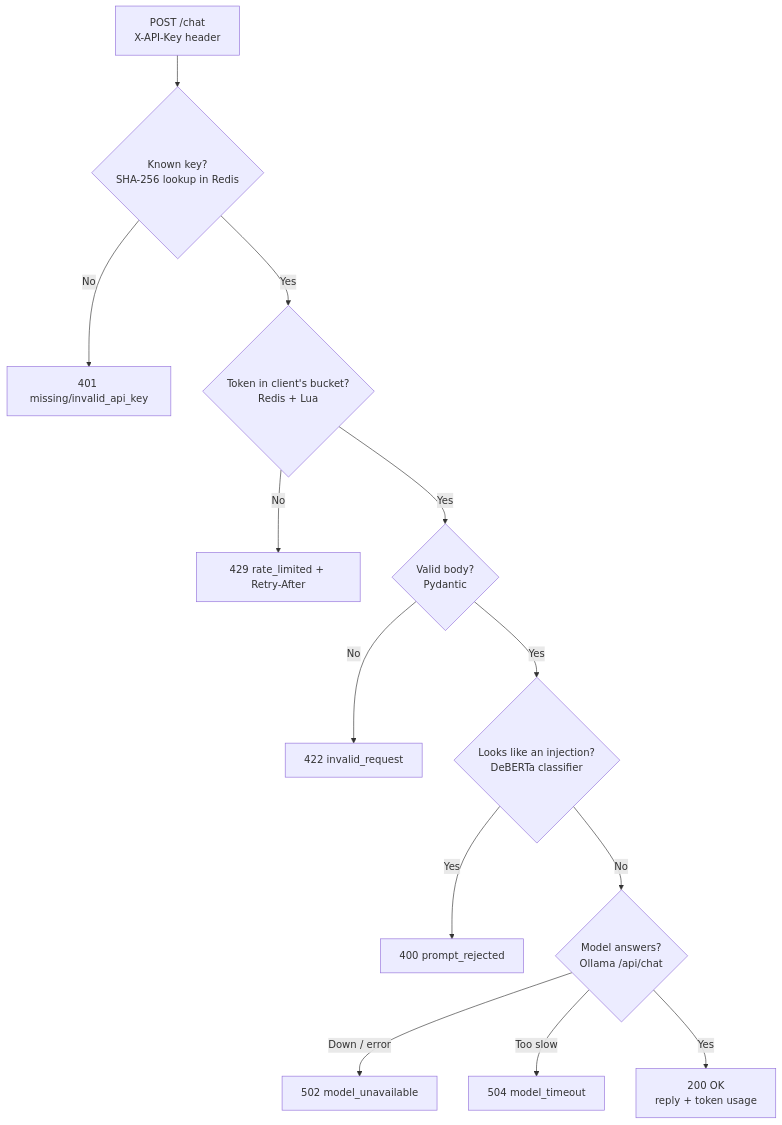
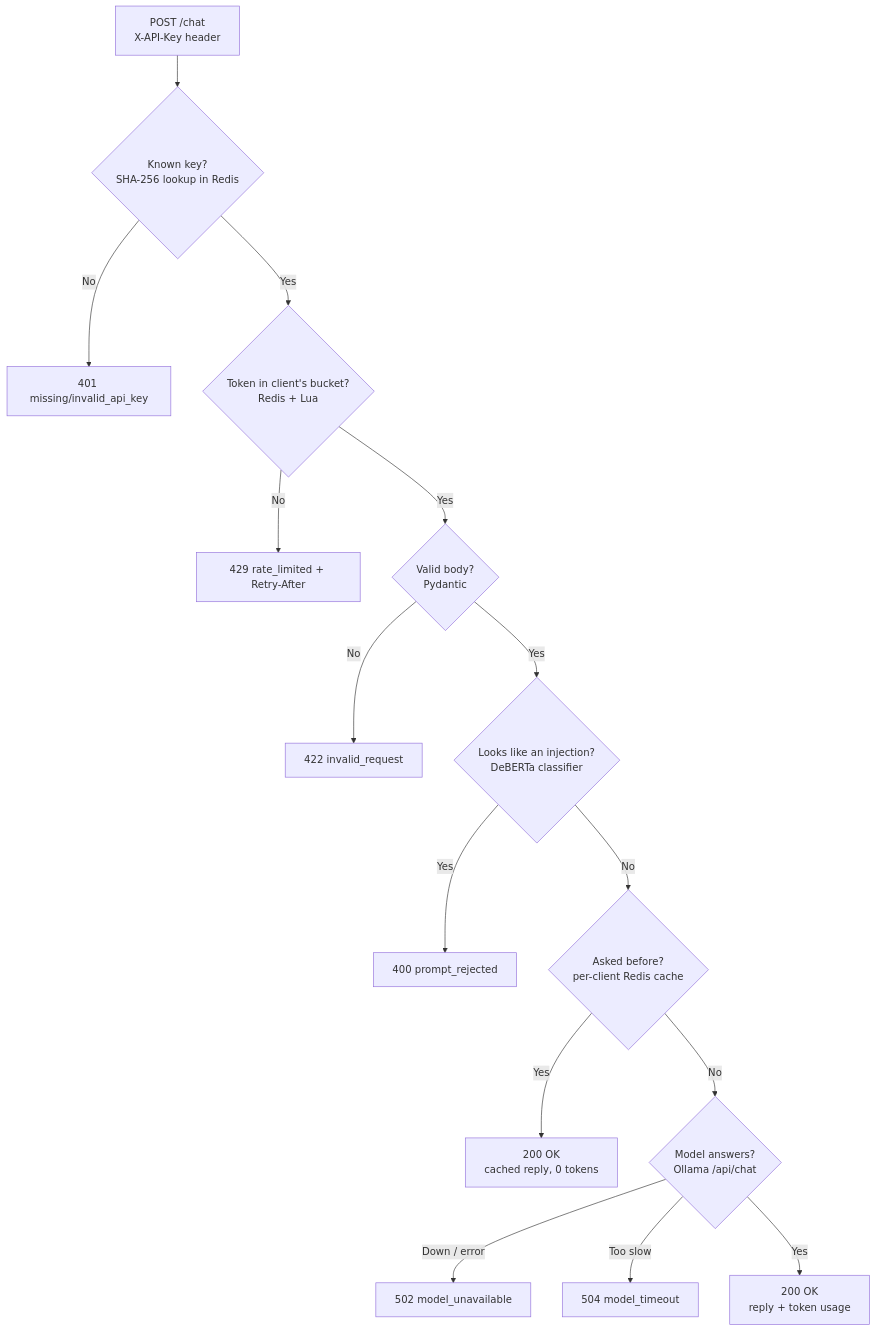
One commit to ChingangbamDpakAngom/aegis-gateway changed the first of 2 diagrams in README.md. Above: the diagram before and after it, drawn with Mermaid. The commit also changed other lines of this file and 11 other files, not shown here.

First line of the commit message:
phase5: per-client answer cache; semantic cache evaluated and kept opt-in

````diff
--- a/README.md
+++ b/README.md
@@ -42,15 +42,17 @@
 ```mermaid
 flowchart TD
     A["POST /chat<br/>X-API-Key header"] --> B{"Known key?<br/>SHA-256 lookup in Redis"}
     B -->|"No"| X["401 missing/invalid_api_key"]
     B -->|"Yes"| C{"Token in client's bucket?<br/>Redis + Lua"}
     C -->|"No"| Y["429 rate_limited + Retry-After"]
     C -->|"Yes"| D{"Valid body?<br/>Pydantic"}
     D -->|"No"| Z["422 invalid_request"]
     D -->|"Yes"| G{"Looks like an injection?<br/>DeBERTa classifier"}
     G -->|"Yes"| R["400 prompt_rejected"]
-    G -->|"No"| M{"Model answers?<br/>Ollama /api/chat"}
+    G -->|"No"| K{"Asked before?<br/>per-client Redis cache"}
+    K -->|"Yes"| H["200 OK<br/>cached reply, 0 tokens"]
+    K -->|"No"| M{"Model answers?<br/>Ollama /api/chat"}
     M -->|"Down / error"| W["502 model_unavailable"]
     M -->|"Too slow"| T["504 model_timeout"]
     M -->|"Yes"| E["200 OK<br/>reply + token usage"]
 ```
````
